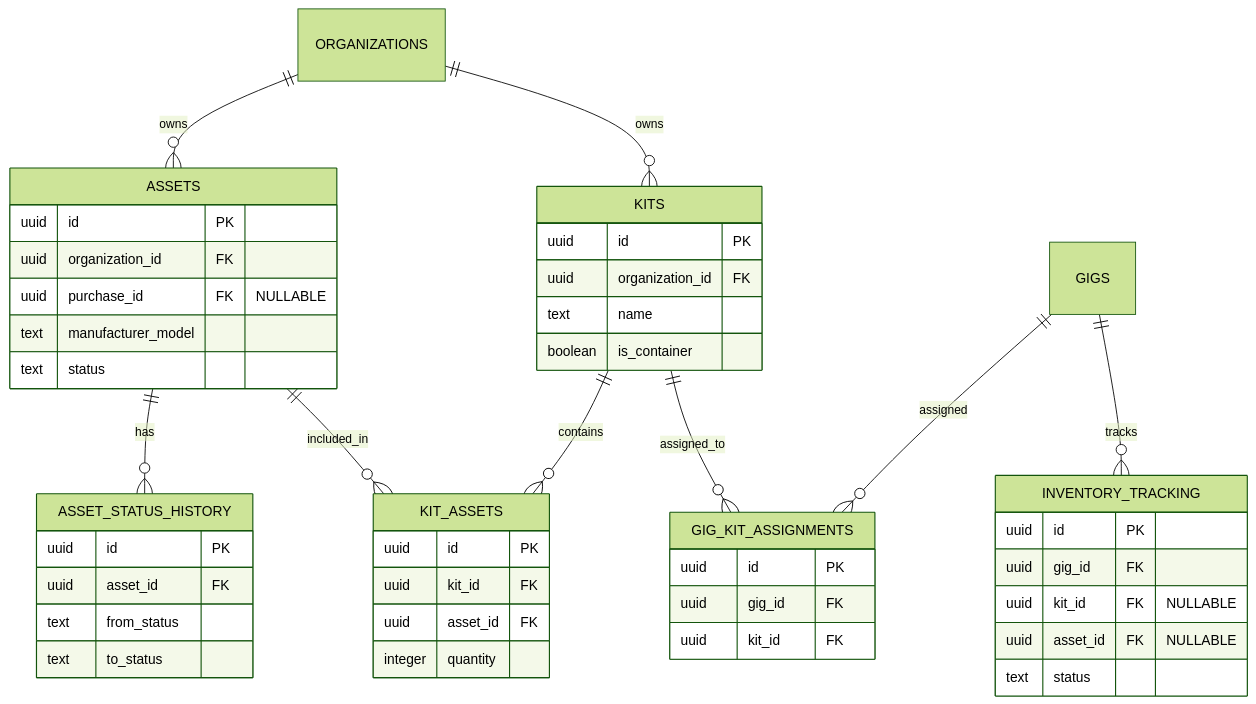
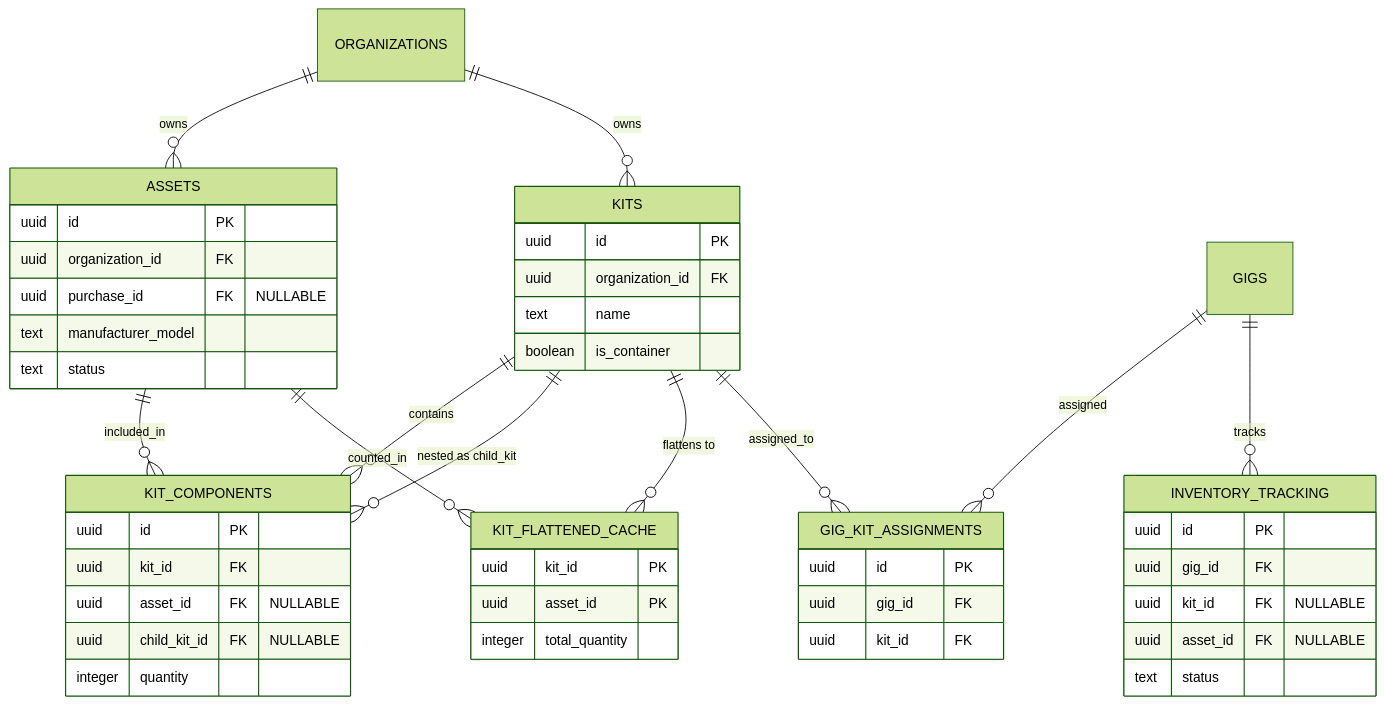
Before and after one commit to corourke/GigManager: the seventh of 7 diagrams in docs/technical/database.md, drawn with Mermaid (forest theme). The commit also changed other lines of this file, not shown here.

````diff
--- a/docs/technical/database.md
+++ b/docs/technical/database.md
@@ -787,49 +881,51 @@
 ```mermaid
 erDiagram
     ASSETS {
         uuid id PK
         uuid organization_id FK
         uuid purchase_id FK "NULLABLE"
         text manufacturer_model
         text status
     }
-    ASSET_STATUS_HISTORY {
-        uuid id PK
-        uuid asset_id FK
-        text from_status
-        text to_status
-    }
     KITS {
         uuid id PK
         uuid organization_id FK
         text name
         boolean is_container
     }
-    KIT_ASSETS {
+    KIT_COMPONENTS {
         uuid id PK
         uuid kit_id FK
-        uuid asset_id FK
+        uuid asset_id FK "NULLABLE"
+        uuid child_kit_id FK "NULLABLE"
         integer quantity
+    }
+    KIT_FLATTENED_CACHE {
+        uuid kit_id PK
+        uuid asset_id PK
+        integer total_quantity
     }
     GIG_KIT_ASSIGNMENTS {
         uuid id PK
         uuid gig_id FK
         uuid kit_id FK
     }
     INVENTORY_TRACKING {
         uuid id PK
         uuid gig_id FK
         uuid kit_id FK "NULLABLE"
         uuid asset_id FK "NULLABLE"
         text status
     }
 
     ORGANIZATIONS ||--o{ ASSETS : owns
     ORGANIZATIONS ||--o{ KITS : owns
-    ASSETS ||--o{ ASSET_STATUS_HISTORY : has
-    KITS ||--o{ KIT_ASSETS : contains
-    ASSETS ||--o{ KIT_ASSETS : included_in
+    KITS ||--o{ KIT_COMPONENTS : contains
+    ASSETS ||--o{ KIT_COMPONENTS : included_in
+    KITS ||--o{ KIT_COMPONENTS : "nested as child_kit"
+    KITS ||--o{ KIT_FLATTENED_CACHE : "flattens to"
+    ASSETS ||--o{ KIT_FLATTENED_CACHE : counted_in
     GIGS ||--o{ GIG_KIT_ASSIGNMENTS : assigned
     KITS ||--o{ GIG_KIT_ASSIGNMENTS : assigned_to
     GIGS ||--o{ INVENTORY_TRACKING : tracks
 ```
````
